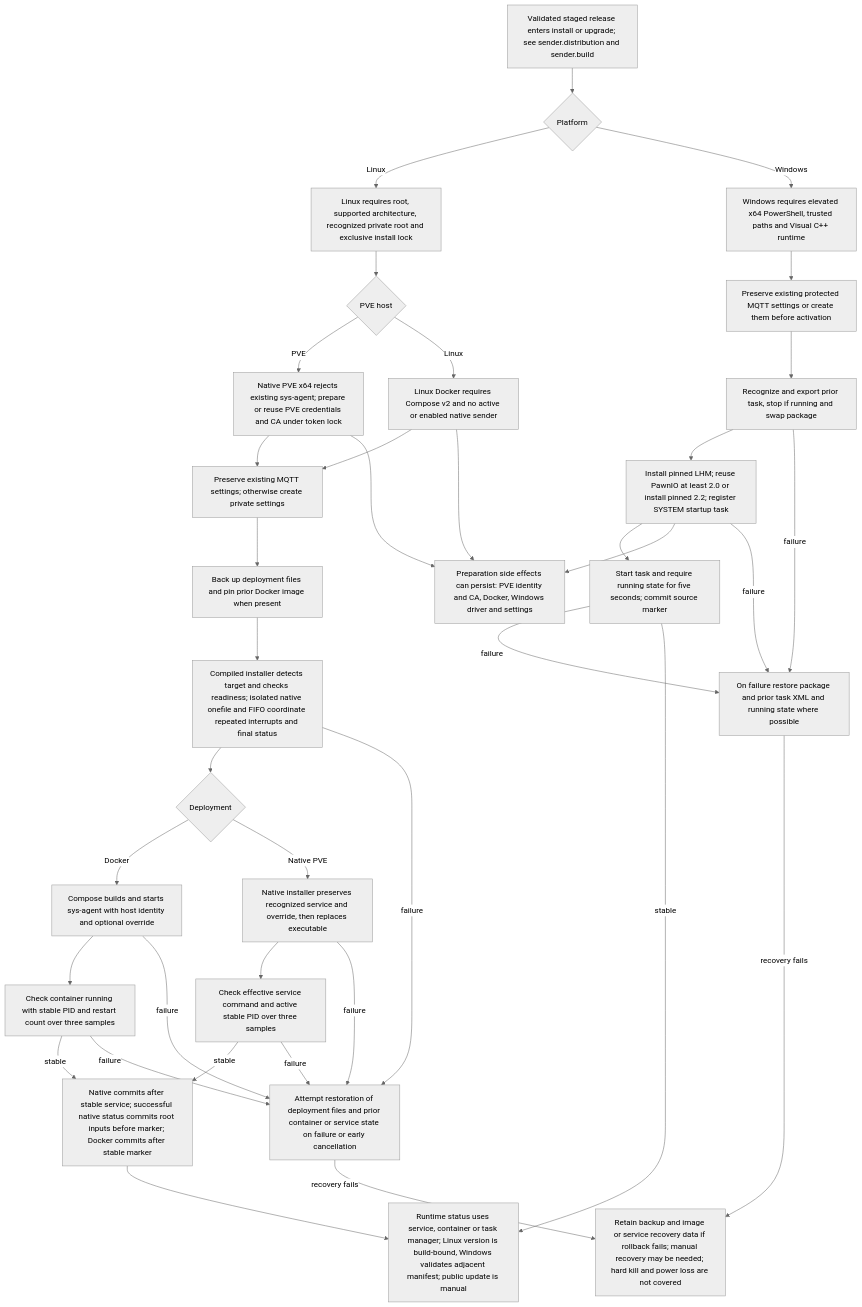
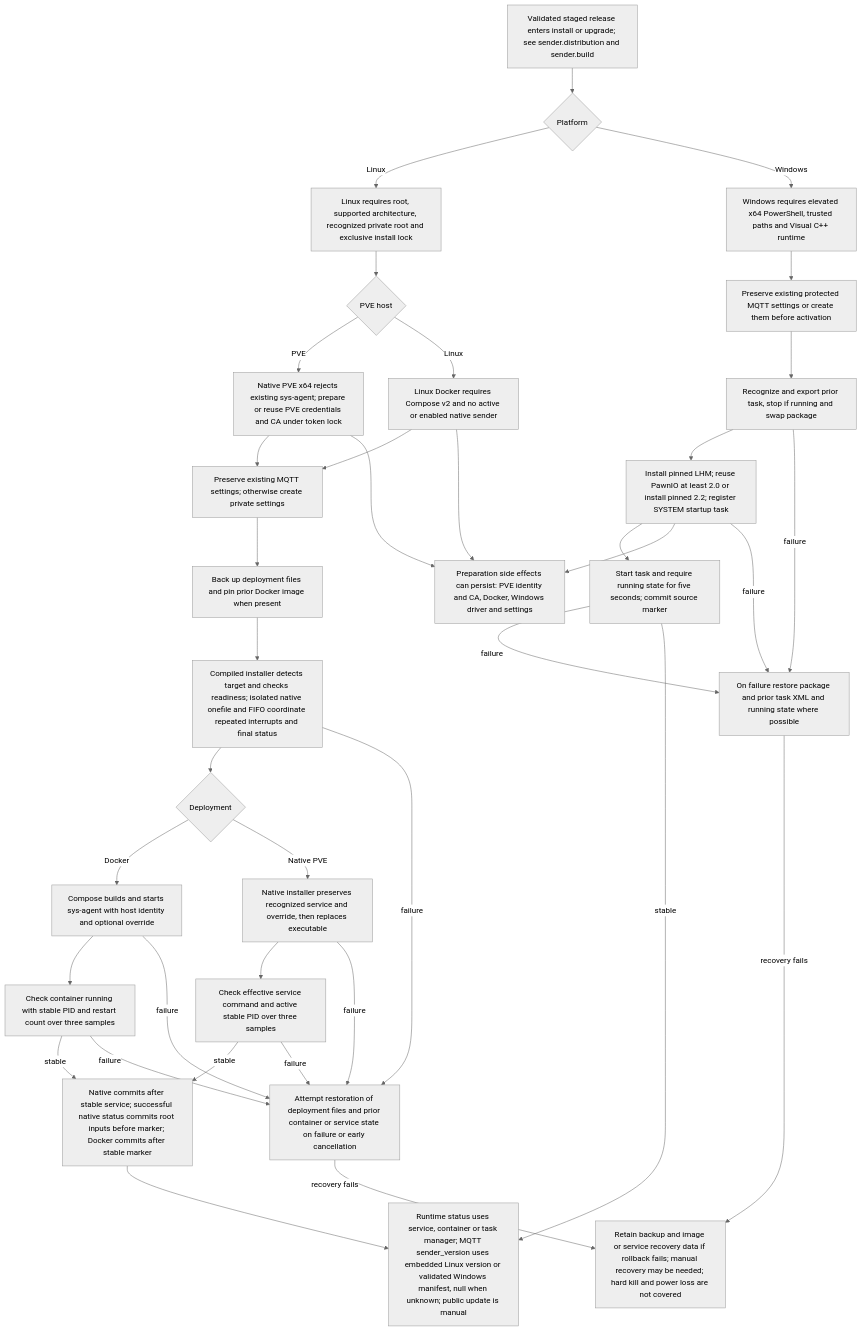
The diagram in docs/flows/sender.compiled-lifecycle.mmd (KarlSideProjects/hwmonitor-mqtt), drawn with Mermaid (neutral theme) before and after one commit. The commit also changed 28 other files, not shown here.

Commit message:
feat: report installed sender version and streamline protected releases

```diff
--- a/docs/flows/sender.compiled-lifecycle.mmd
+++ b/docs/flows/sender.compiled-lifecycle.mmd
@@ -1,62 +1,62 @@
 flowchart TD
     A["Validated staged release enters install or upgrade; see sender.distribution and sender.build"]
     B{"Platform"}
     C["Linux requires root, supported architecture, recognized private root and exclusive install lock"]
     D{"PVE host"}
     E["Native PVE x64 rejects existing sys-agent; prepare or reuse PVE credentials and CA under token lock"]
     F["Linux Docker requires Compose v2 and no active or enabled native sender"]
     G["Preserve existing MQTT settings; otherwise create private settings"]
     H["Back up deployment files and pin prior Docker image when present"]
     I["Compiled installer detects target and checks readiness; isolated native onefile and FIFO coordinate repeated interrupts and final status"]
     J{"Deployment"}
     K["Compose builds and starts sys-agent with host identity and optional override"]
     L["Native installer preserves recognized service and override, then replaces executable"]
     M["Check container running with stable PID and restart count over three samples"]
     N["Check effective service command and active stable PID over three samples"]
     O["Native commits after stable service; successful native status commits root inputs before marker; Docker commits after stable marker"]
     P["Attempt restoration of deployment files and prior container or service state on failure or early cancellation"]
     Q["Retain backup and image or service recovery data if rollback fails; manual recovery may be needed; hard kill and power loss are not covered"]
     R["Windows requires elevated x64 PowerShell, trusted paths and Visual C++ runtime"]
     S["Preserve existing protected MQTT settings or create them before activation"]
     T["Recognize and export prior task, stop if running and swap package"]
     U["Install pinned LHM; reuse PawnIO at least 2.0 or install pinned 2.2; register SYSTEM startup task"]
     V["Start task and require running state for five seconds; commit source marker"]
     W["On failure restore package and prior task XML and running state where possible"]
     X["Preparation side effects can persist: PVE identity and CA, Docker, Windows driver and settings"]
-    Y["Runtime status uses service, container or task manager; Linux version is build-bound, Windows validates adjacent manifest; public update is manual"]
+    Y["Runtime status uses service, container or task manager; MQTT sender_version uses embedded Linux version or validated Windows manifest, null when unknown; public update is manual"]
     A --> B
     B -->|Linux| C
     B -->|Windows| R
     C --> D
     D -->|PVE| E
     D -->|Linux| F
     E --> G
     F --> G
     G --> H
     H --> I
     I --> J
     J -->|Docker| K
     J -->|Native PVE| L
     K --> M
     L --> N
     M -->|stable| O
     N -->|stable| O
     M -->|failure| P
     N -->|failure| P
     P -->|recovery fails| Q
     R --> S
     S --> T
     T --> U
     U --> V
     V -->|failure| W
     W -->|recovery fails| Q
     V -->|stable| Y
     O --> Y
     E --> X
     F --> X
     U --> X
     I -->|failure| P
     K -->|failure| P
     L -->|failure| P
     T -->|failure| W
     U -->|failure| W
```
